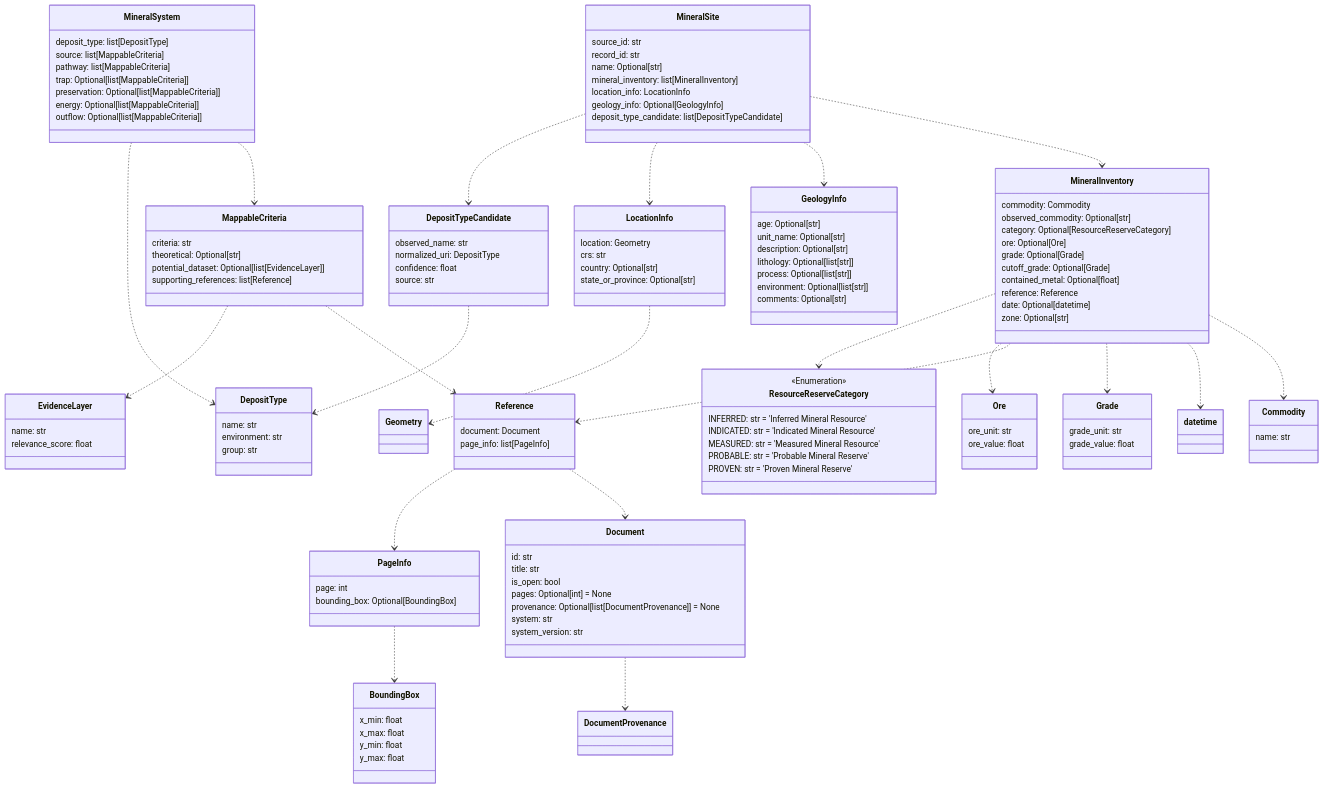
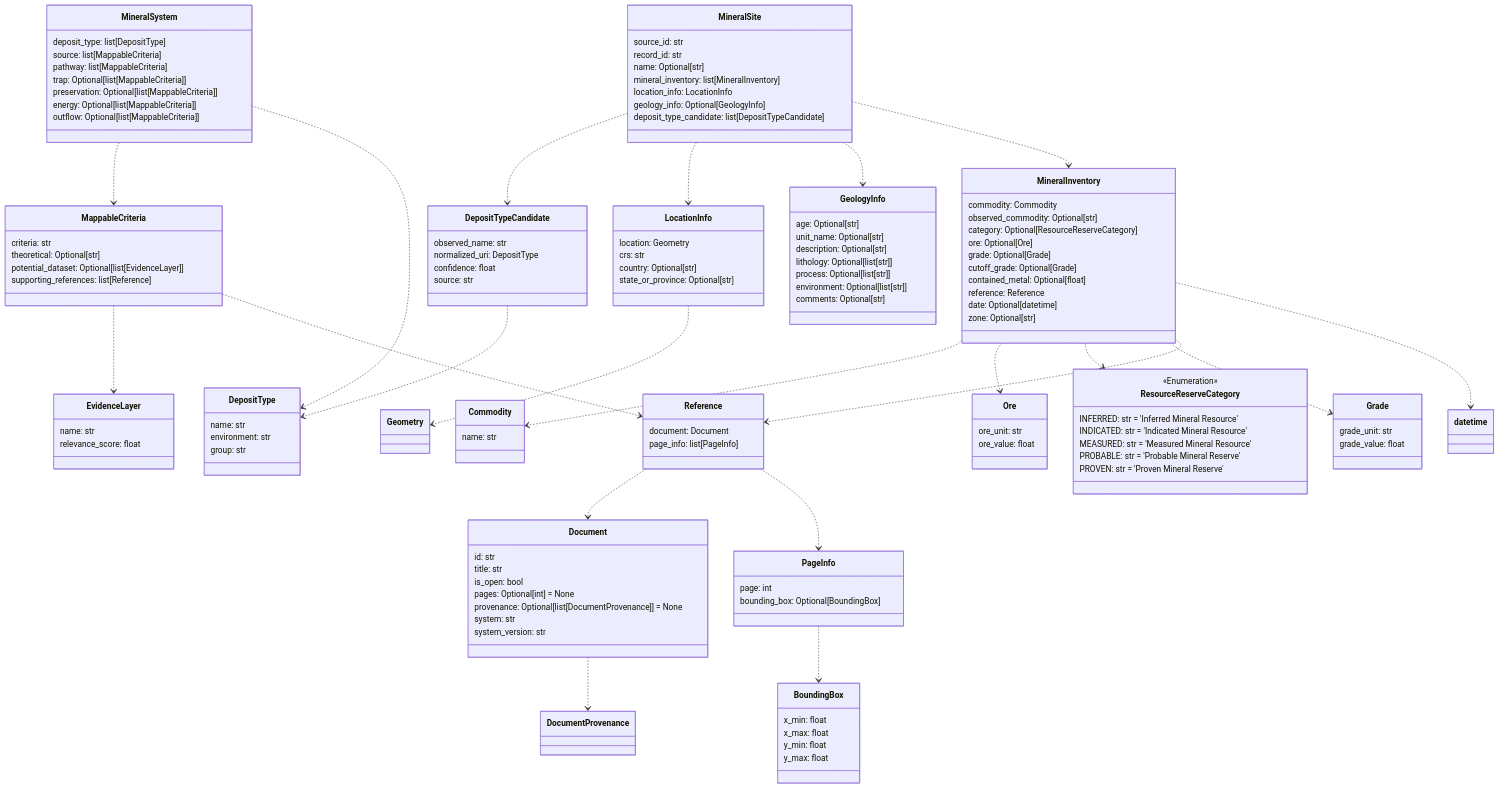
One commit to DARPA-CRITICALMAAS/cdr_schemas changed the tenth of 12 diagrams in README.md. Above: the diagram before and after it, drawn with Mermaid. The commit also changed other lines of this file and 2 other files, not shown here.

````diff
--- a/README.md
+++ b/README.md
@@ -655,45 +655,9 @@
 ```mermaid
 classDiagram
 
-    class ResourceReserveCategory {
-        <<Enumeration>>
-        INFERRED: str = 'Inferred Mineral Resource'
-        INDICATED: str = 'Indicated Mineral Resource'
-        MEASURED: str = 'Measured Mineral Resource'
-        PROBABLE: str = 'Probable Mineral Reserve'
-        PROVEN: str = 'Proven Mineral Reserve'
-    }
-
-    class LocationInfo {
-        location: Geometry
-        crs: str
-        country: Optional[str]
-        state_or_province: Optional[str]
-    }
-
-    class EvidenceLayer {
-        name: str
-        relevance_score: float
-    }
-
-    class MineralSite {
-        source_id: str
-        record_id: str
-        name: Optional[str]
-        mineral_inventory: list[MineralInventory]
-        location_info: LocationInfo
-        geology_info: Optional[GeologyInfo]
-        deposit_type_candidate: list[DepositTypeCandidate]
-    }
-
-    class Commodity {
-        name: str
-    }
-
-    class DepositType {
-        name: str
-        environment: str
-        group: str
+    class PageInfo {
+        page: int
+        bounding_box: Optional[BoundingBox]
     }
 
     class BoundingBox {
@@ -710,6 +674,11 @@
         source: str
     }
 
+    class Grade {
+        grade_unit: str
+        grade_value: float
+    }
+
     class MineralInventory {
         commodity: Commodity
         observed_commodity: Optional[str]
@@ -723,9 +692,36 @@
         zone: Optional[str]
     }
 
-    class PageInfo {
-        page: int
-        bounding_box: Optional[BoundingBox]
+    class Reference {
+        document: Document
+        page_info: list[PageInfo]
+    }
+
+    class MineralSystem {
+        deposit_type: list[DepositType]
+        source: list[MappableCriteria]
+        pathway: list[MappableCriteria]
+        trap: Optional[list[MappableCriteria]]
+        preservation: Optional[list[MappableCriteria]]
+        energy: Optional[list[MappableCriteria]]
+        outflow: Optional[list[MappableCriteria]]
+    }
+
+    class MappableCriteria {
+        criteria: str
+        theoretical: Optional[str]
+        potential_dataset: Optional[list[EvidenceLayer]]
+        supporting_references: list[Reference]
+    }
+
+    class GeologyInfo {
+        age: Optional[str]
+        unit_name: Optional[str]
+        description: Optional[str]
+        lithology: Optional[list[str]]
+        process: Optional[list[str]]
+        environment: Optional[list[str]]
+        comments: Optional[str]
     }
 
     class Document {
@@ -738,14 +734,41 @@
         system_version: str
     }
 
-    class MineralSystem {
-        deposit_type: list[DepositType]
-        source: list[MappableCriteria]
-        pathway: list[MappableCriteria]
-        trap: Optional[list[MappableCriteria]]
-        preservation: Optional[list[MappableCriteria]]
-        energy: Optional[list[MappableCriteria]]
-        outflow: Optional[list[MappableCriteria]]
+    class LocationInfo {
+        location: Geometry
+        crs: str
+        country: Optional[str]
+        state_or_province: Optional[str]
+    }
+
+    class MineralSite {
+        source_id: str
+        record_id: str
+        name: Optional[str]
+        mineral_inventory: list[MineralInventory]
+        location_info: LocationInfo
+        geology_info: Optional[GeologyInfo]
+        deposit_type_candidate: list[DepositTypeCandidate]
+    }
+
+    class DepositType {
+        name: str
+        environment: str
+        group: str
+    }
+
+    class EvidenceLayer {
+        name: str
+        relevance_score: float
+    }
+
+    class ResourceReserveCategory {
+        <<Enumeration>>
+        INFERRED: str = 'Inferred Mineral Resource'
+        INDICATED: str = 'Indicated Mineral Resource'
+        MEASURED: str = 'Measured Mineral Resource'
+        PROBABLE: str = 'Probable Mineral Reserve'
+        PROVEN: str = 'Proven Mineral Reserve'
     }
 
     class Ore {
@@ -753,31 +776,8 @@
         ore_value: float
     }
 
-    class MappableCriteria {
-        criteria: str
-        theoretical: Optional[str]
-        potential_dataset: Optional[list[EvidenceLayer]]
-        supporting_references: list[Reference]
-    }
-
-    class Reference {
-        document: Document
-        page_info: list[PageInfo]
-    }
-
-    class Grade {
-        grade_unit: str
-        grade_value: float
-    }
-
-    class GeologyInfo {
-        age: Optional[str]
-        unit_name: Optional[str]
-        description: Optional[str]
-        lithology: Optional[list[str]]
-        process: Optional[list[str]]
-        environment: Optional[list[str]]
-        comments: Optional[str]
+    class Commodity {
+        name: str
     }
 
     Document ..> DocumentProvenance
@@ -785,21 +785,21 @@
     PageInfo ..> BoundingBox
     Reference ..> PageInfo
     Reference ..> Document
+    MappableCriteria ..> Reference
     MappableCriteria ..> EvidenceLayer
-    MappableCriteria ..> Reference
     MineralSystem ..> DepositType
     MineralSystem ..> MappableCriteria
+    MineralInventory ..> datetime
+    MineralInventory ..> Reference
+    MineralInventory ..> Grade
     MineralInventory ..> ResourceReserveCategory
     MineralInventory ..> Ore
-    MineralInventory ..> Reference
-    MineralInventory ..> Grade
-    MineralInventory ..> datetime
     MineralInventory ..> Commodity
     LocationInfo ..> Geometry
+    MineralSite ..> MineralInventory
+    MineralSite ..> GeologyInfo
+    MineralSite ..> LocationInfo
     MineralSite ..> DepositTypeCandidate
-    MineralSite ..> LocationInfo
-    MineralSite ..> GeologyInfo
-    MineralSite ..> MineralInventory
 
 
 ```
````
